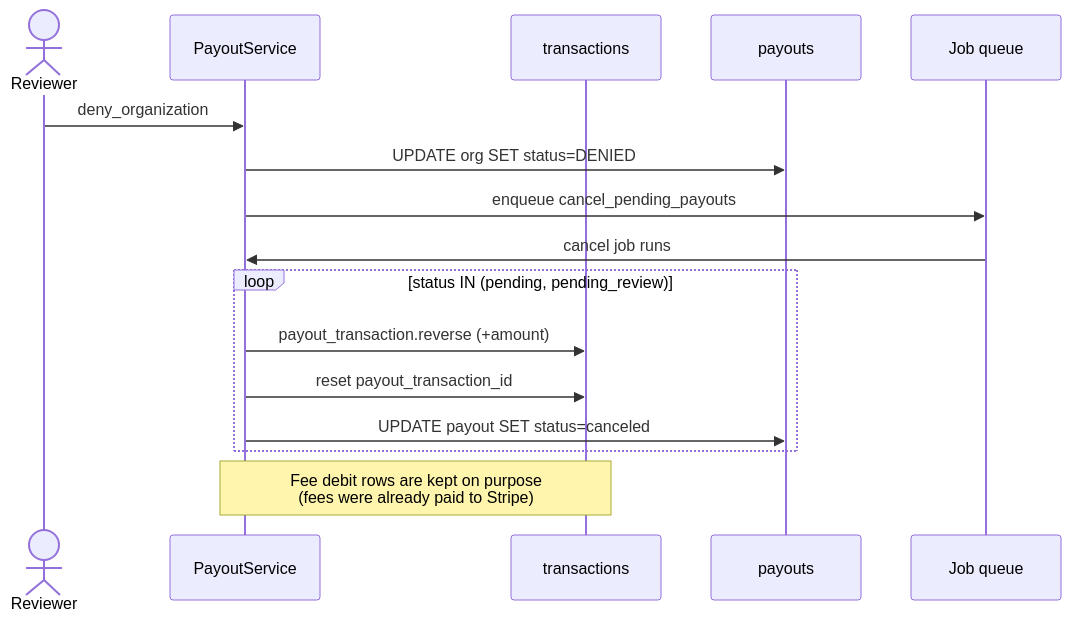
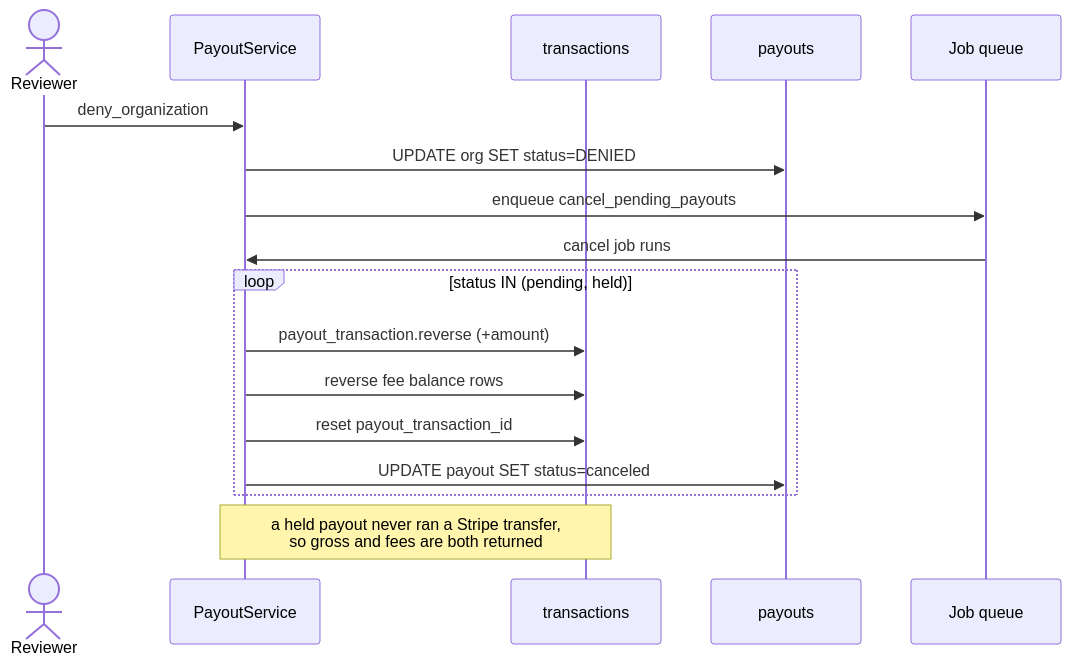
Before and after one commit to polarsource/polar: the third of 3 diagrams in handbook/engineering/design-documents/payout-reviews.mdx, drawn with Mermaid. The commit also changed other lines of this file, not shown here.

First line of the commit message:
docs: address review feedback on payout reviews

````diff
--- a/handbook/engineering/design-documents/payout-reviews.mdx
+++ b/handbook/engineering/design-documents/payout-reviews.mdx
@@ -89,19 +92,20 @@
 ```mermaid
 sequenceDiagram
     actor R as Reviewer
     participant API as PayoutService
     participant L as transactions
     participant P as payouts
     participant Q as Job queue
 
     R->>API: deny_organization
     API->>P: UPDATE org SET status=DENIED
     API->>Q: enqueue cancel_pending_payouts
     Q->>API: cancel job runs
-    loop status IN (pending, pending_review)
+    loop status IN (pending, held)
         API->>L: payout_transaction.reverse (+amount)
+        API->>L: reverse fee balance rows
         API->>L: reset payout_transaction_id
         API->>P: UPDATE payout SET status=canceled
     end
-    Note over API,L: Fee debit rows are kept on purpose<br/>(fees were already paid to Stripe)
+    Note over API,L: a held payout never ran a Stripe transfer,<br/>so gross and fees are both returned
 ```
````
